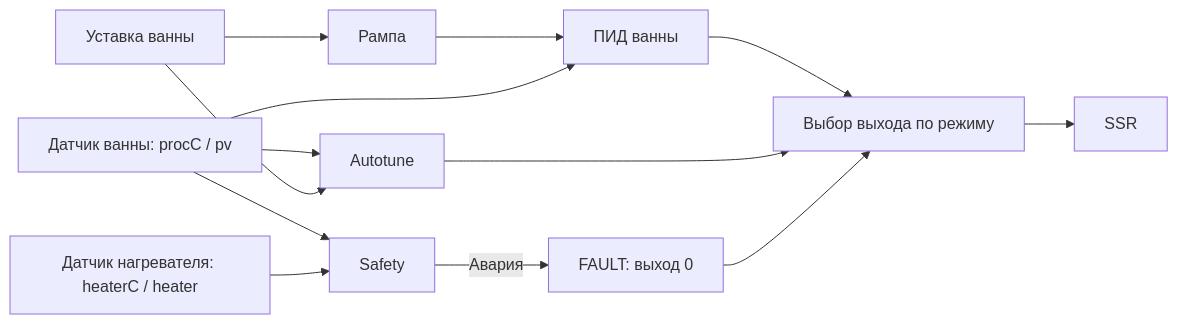
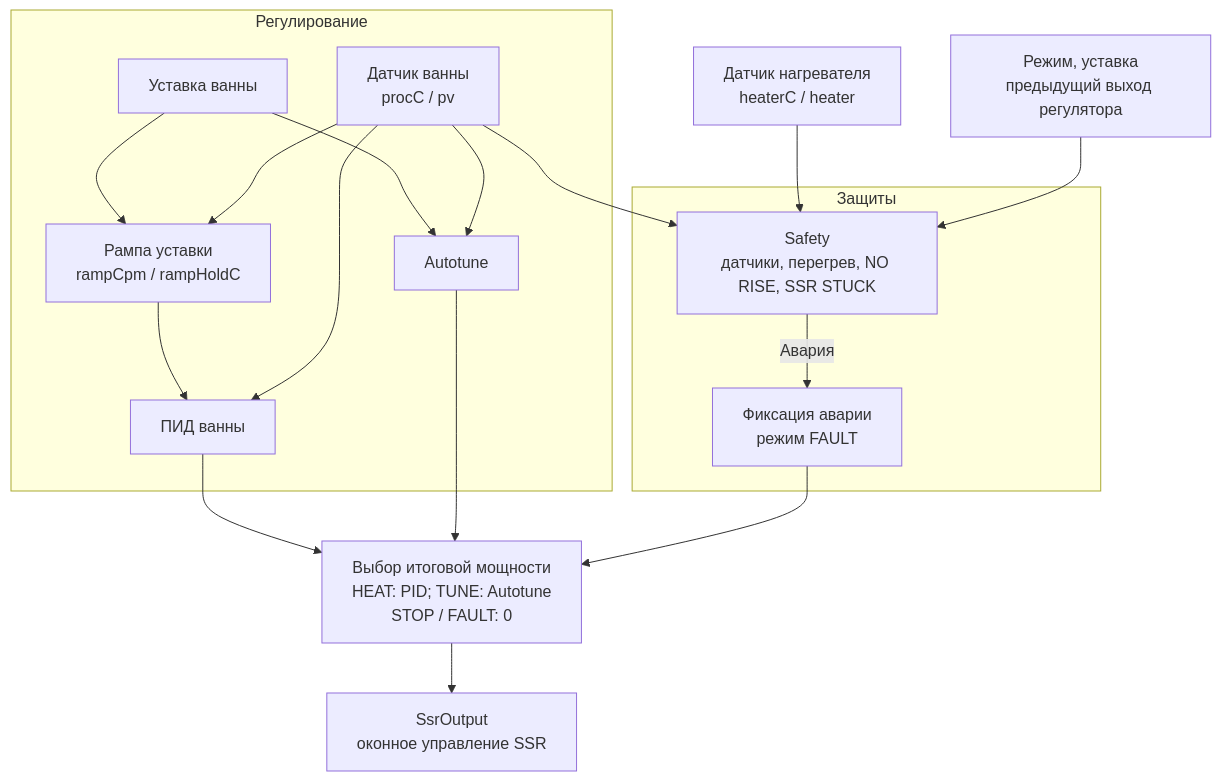
Before and after one commit to vicgor/paraffin-pid: the second of 2 diagrams in docs/architecture.md, drawn with Mermaid. The commit also changed other lines of this file, not shown here.

Commit message:
docs: clarify sensor roles and control output diagram

````diff
--- a/docs/architecture.md
+++ b/docs/architecture.md
@@ -51,15 +51,41 @@
 ```mermaid
-flowchart LR
-    Target["Уставка ванны"] --> Ramp["Рампа"]
-    Ramp --> PID["ПИД ванны"]
-    PV["Датчик ванны: procC / pv"] --> PID
-    PV --> Tune["Autotune"]
-    Target --> Tune
-    PV --> Safety["Safety"]
-    Heater["Датчик нагревателя: heaterC / heater"] --> Safety
-    PID --> Mode["Выбор выхода по режиму"]
-    Tune --> Mode
-    Safety -->|Авария| Fault["FAULT: выход 0"]
-    Fault --> Mode
-    Mode --> SSR["SSR"]
+flowchart TB
+    Target["Уставка ванны"]
+    PV["Датчик ванны<br/>procC / pv"]
+    Heater["Датчик нагревателя<br/>heaterC / heater"]
+
+    subgraph Regulation["Регулирование"]
+        Ramp["Рампа уставки<br/>rampCpm / rampHoldC"]
+        PID["ПИД ванны"]
+        Tune["Autotune"]
+
+        Target --> Ramp
+        PV --> Ramp
+        Ramp --> PID
+        PV --> PID
+
+        Target --> Tune
+        PV --> Tune
+    end
+
+    subgraph Protection["Защиты"]
+        Safety["Safety<br/>датчики, перегрев, NO RISE, SSR STUCK"]
+        Fault["Фиксация аварии<br/>режим FAULT"]
+
+        Safety -->|Авария| Fault
+    end
+
+    PV --> Safety
+    Heater --> Safety
+
+    Context["Режим, уставка<br/>предыдущий выход регулятора"]
+    Context --> Safety
+
+    Output["Выбор итоговой мощности<br/>HEAT: PID; TUNE: Autotune<br/>STOP / FAULT: 0"]
+
+    PID --> Output
+    Tune --> Output
+    Fault --> Output
+
+    Output --> SSR["SsrOutput<br/>оконное управление SSR"]
 ```
````
